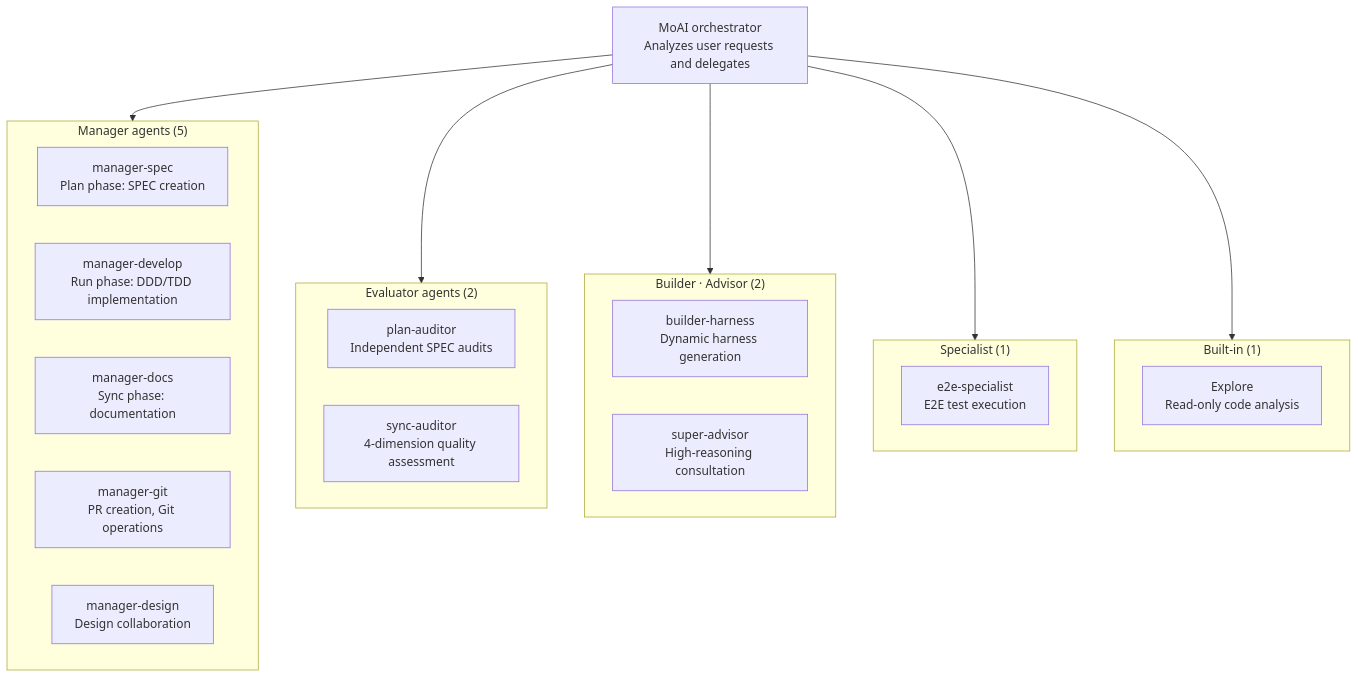
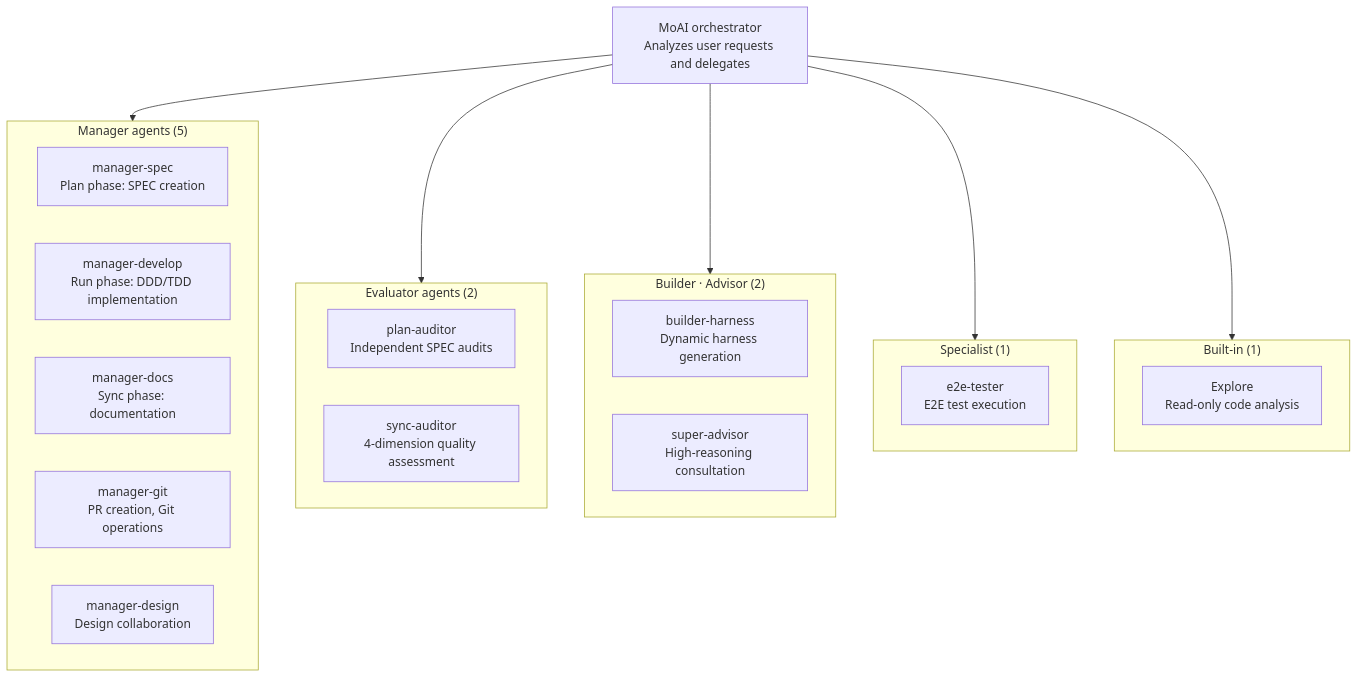
The third of 5 diagrams in docs-site/content/en/core-concepts/what-is-moai-adk.md (modu-ai/moai-adk), drawn with Mermaid before and after one commit. The commit also changed other lines of this file and 72 other files, not shown here.

First line of the commit message:
refactor: rename e2e-specialist agent → e2e-tester

````diff
--- a/docs-site/content/en/core-concepts/what-is-moai-adk.md
+++ b/docs-site/content/en/core-concepts/what-is-moai-adk.md
@@ -275,36 +275,36 @@
 ```mermaid
 flowchart TD
     MoAI["MoAI orchestrator\nAnalyzes user requests and delegates"]
 
     subgraph Managers["Manager agents (5)"]
         M1["manager-spec\nPlan phase: SPEC creation"]
         M2["manager-develop\nRun phase: DDD/TDD implementation"]
         M3["manager-docs\nSync phase: documentation"]
         M4["manager-git\nPR creation, Git operations"]
         M5["manager-design\nDesign collaboration"]
     end
 
     subgraph Evaluators["Evaluator agents (2)"]
         E1["plan-auditor\nIndependent SPEC audits"]
         E2["sync-auditor\n4-dimension quality assessment"]
     end
 
     subgraph BuilderAdvisor["Builder · Advisor (2)"]
         B1["builder-harness\nDynamic harness generation"]
         B2["super-advisor\nHigh-reasoning consultation"]
     end
 
     subgraph Specialist["Specialist (1)"]
-        S1["e2e-specialist\nE2E test execution"]
+        S1["e2e-tester\nE2E test execution"]
     end
 
     subgraph Explore["Built-in (1)"]
         X1["Explore\nRead-only code analysis"]
     end
 
     MoAI --> Managers
     MoAI --> Evaluators
     MoAI --> BuilderAdvisor
     MoAI --> Specialist
     MoAI --> Explore
 ```
````
